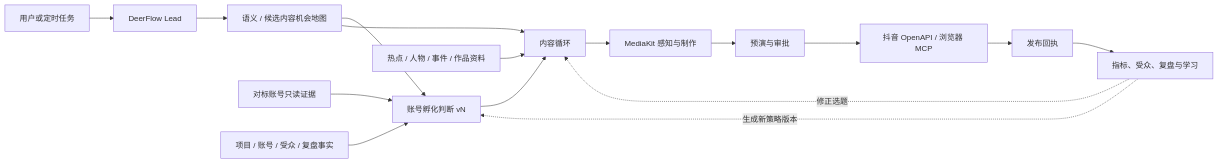
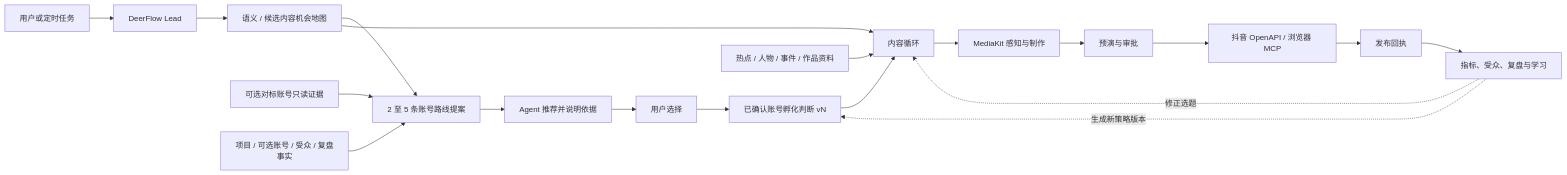
The first of 4 diagrams in docs/content-intelligence-v6/ARCHITECTURE.md (yangshengguo46-stack/marketing-system-v6), drawn with Mermaid before and after one commit. The commit also changed other lines of this file and 24 other files, not shown here.

````diff
--- a/docs/content-intelligence-v6/ARCHITECTURE.md
+++ b/docs/content-intelligence-v6/ARCHITECTURE.md
@@ -12,18 +12,21 @@
 ```mermaid
 flowchart LR
     USER["用户或定时任务"] --> LEAD["DeerFlow Lead"]
     LEAD --> OPPORTUNITY["语义 / 候选内容机会地图"]
-    BENCH["对标账号只读证据"] --> STRATEGY["账号孵化判断 vN"]
-    FACTS["项目 / 账号 / 受众 / 复盘事实"] --> STRATEGY
-    OPPORTUNITY --> STRATEGY
+    BENCH["可选对标账号只读证据"] --> PROPOSAL["2 至 5 条账号路线提案"]
+    FACTS["项目 / 可选账号 / 受众 / 复盘事实"] --> PROPOSAL
+    OPPORTUNITY --> PROPOSAL
+    PROPOSAL --> RECOMMEND["Agent 推荐并说明依据"]
+    RECOMMEND --> CHOICE["用户选择"]
+    CHOICE --> STRATEGY["已确认账号孵化判断 vN"]
     STRATEGY --> CONTENT["内容循环"]
     OPPORTUNITY --> CONTENT
     TOPIC_EVIDENCE["热点 / 人物 / 事件 / 作品资料"] --> CONTENT
     CONTENT --> MEDIA["MediaKit 感知与制作"]
     MEDIA --> PRE["预演与审批"]
     PRE --> PLATFORM["抖音 OpenAPI / 浏览器 MCP"]
     PLATFORM --> RECEIPT["发布回执"]
     RECEIPT --> LEARN["指标、受众、复盘与学习"]
     LEARN -. "生成新策略版本" .-> STRATEGY
     LEARN -. "修正选题" .-> CONTENT
 ```
````
